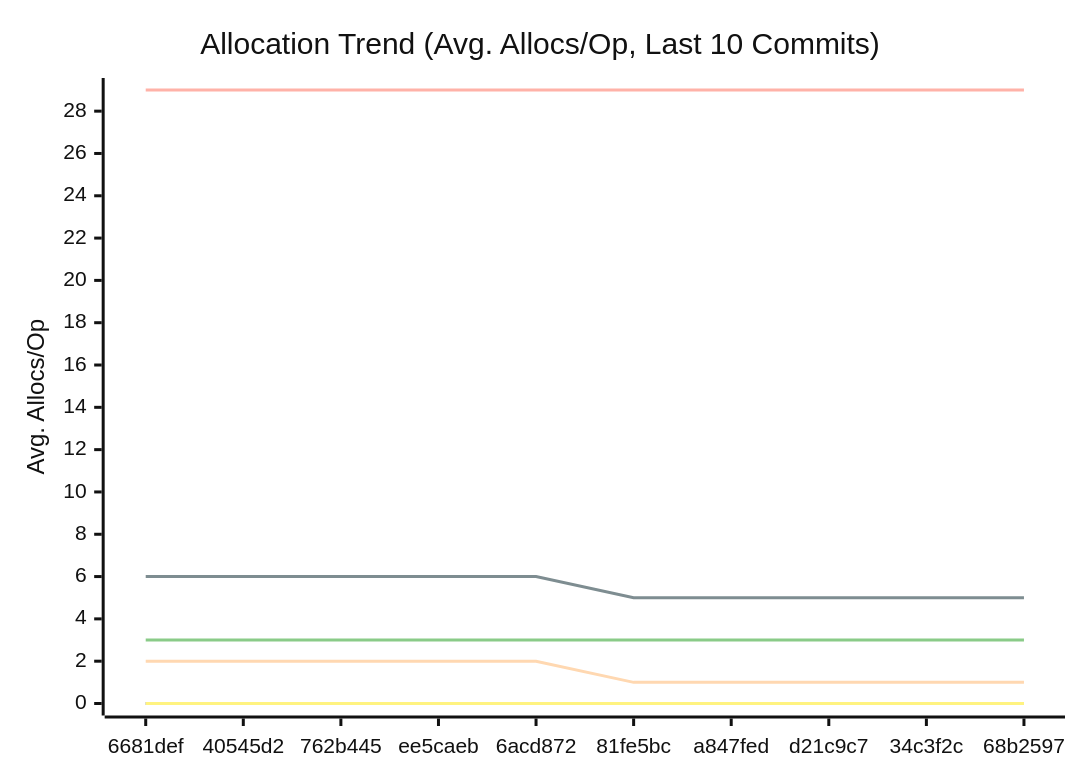
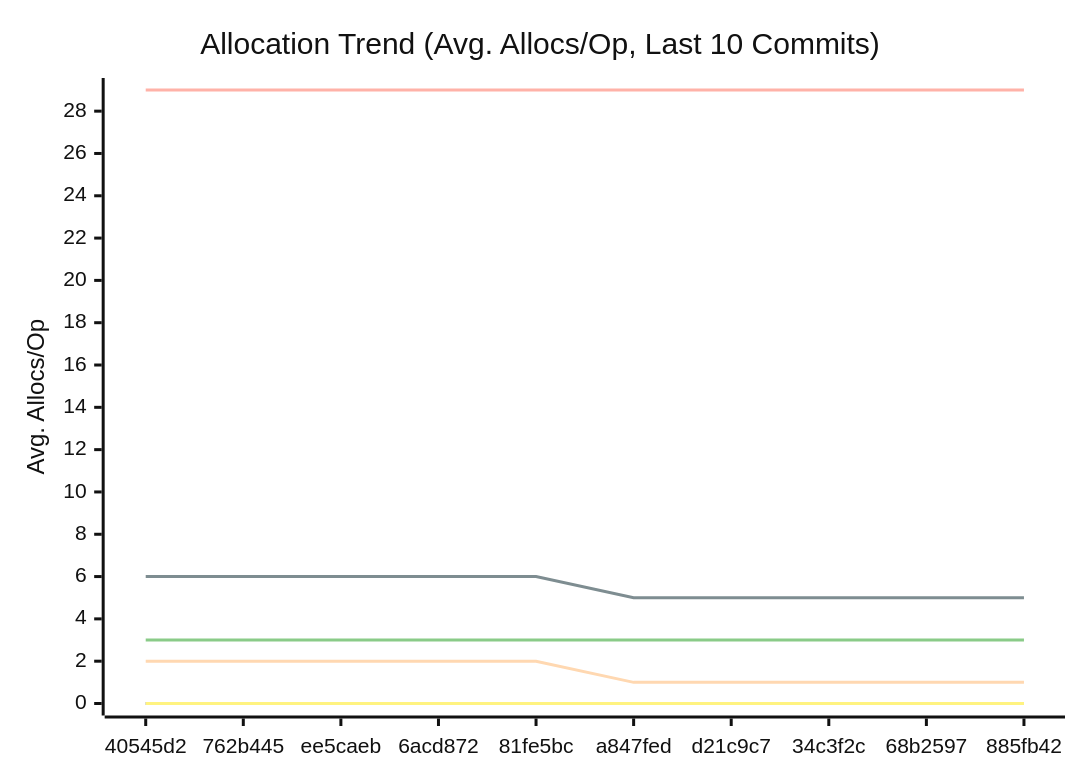
One commit to alsotoes/momo changed the third of 3 diagrams in docs/PERFORMANCE.md. Above: the diagram before and after it, drawn with Mermaid (neutral theme). The commit also changed other lines of this file and 1 other file, not shown here.

````diff
--- a/docs/PERFORMANCE.md
+++ b/docs/PERFORMANCE.md
@@ -114,16 +114,16 @@
 ```mermaid
 xychart-beta
     title "Allocation Trend (Avg. Allocs/Op, Last 10 Commits)"
     x-axis "Commit"
     y-axis "Avg. Allocs/Op"
-    x-axis [6681def,40545d2,762b445,ee5caeb,6acd872,81fe5bc,a847fed,d21c9c7,34c3f2c,68b2597]
+    x-axis [40545d2,762b445,ee5caeb,6acd872,81fe5bc,a847fed,d21c9c7,34c3f2c,68b2597,885fb42]
     line "CheckMetricsAndSwap" [0,0,0,0,0,0,0,0,0,0]
     line "CrushOptimized" [0,0,0,0,0,0,0,0,0,0]
     line "CrushOriginal" [3,3,3,3,3,3,3,3,3,3]
     line "IndexDirectTracking" [0,0,0,0,0,0,0,0,0,0]
     line "IndexSearch" [0,0,0,0,0,0,0,0,0,0]
     line "LoadGlobalConfig" [29,29,29,29,29,29,29,29,29,29]
     line "PadString" [0,0,0,0,0,0,0,0,0,0]
     line "ParseReplicationOrder_NoPrealloc" [6,6,6,6,6,5,5,5,5,5]
     line "ParseReplicationOrder_Prealloc" [2,2,2,2,2,1,1,1,1,1]
 ```
````
